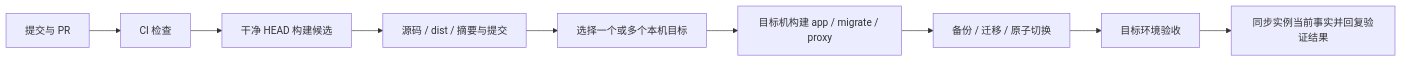
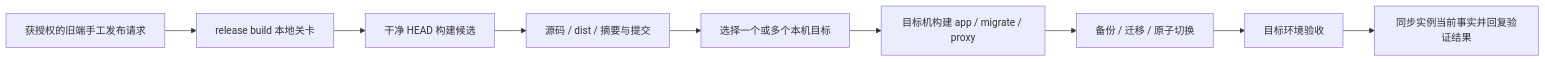
One commit to fulin-peng-ydxs/ai-my-bill changed the diagram in agent-works/deployment/continuous-delivery.md. Above: the diagram before and after it, drawn with Mermaid. The commit also changed other lines of this file and 6 other files, not shown here.

````diff
--- a/agent-works/deployment/continuous-delivery.md
+++ b/agent-works/deployment/continuous-delivery.md
@@ -7,11 +7,11 @@
 ```mermaid
 flowchart LR
-  Commit[提交与 PR] --> CI[CI 检查]
-  CI --> Candidate[干净 HEAD 构建候选]
+  Request[获授权的旧端手工发布请求] --> Checks[release build 本地关卡]
+  Checks --> Candidate[干净 HEAD 构建候选]
   Candidate --> Manifest[源码 / dist / 摘要与提交]
   Manifest --> Target[选择一个或多个本机目标]
   Target --> Images[目标机构建 app / migrate / proxy]
   Images --> Release[备份 / 迁移 / 原子切换]
   Release --> Verify[目标环境验收]
   Verify --> Case[同步实例当前事实并回复验证结果]
 ```
````
